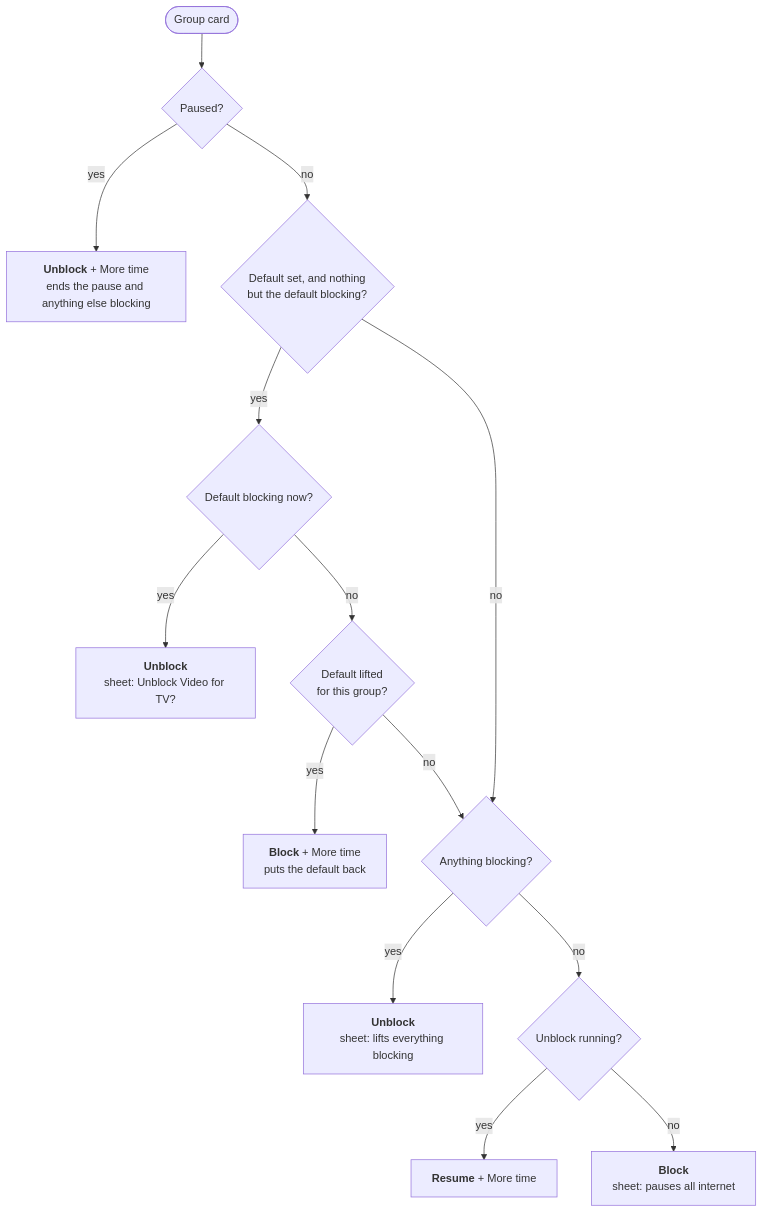
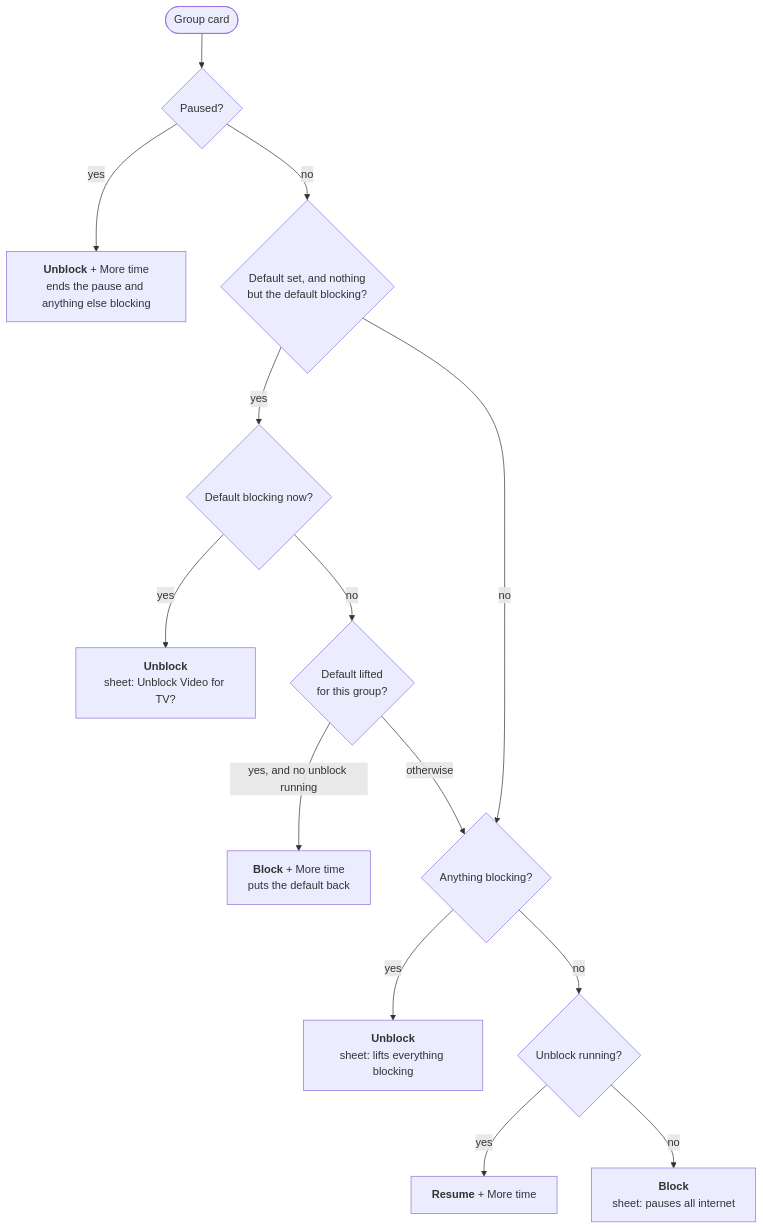
The diagram in docs/group-states.md (nickberardi/familyfi), drawn with Mermaid before and after one commit. The commit also changed other lines of this file and 10 other files, not shown here.

First line of the commit message:
Address code review of the Block button default

````diff
--- a/docs/group-states.md
+++ b/docs/group-states.md
@@ -67,16 +67,16 @@
 ```mermaid
 flowchart TD
   start([Group card]) --> paused{Paused?}
   paused -- yes --> A["<b>Unblock</b> + More time<br/>ends the pause and anything else blocking"]
   paused -- no --> hasD{Default set, and nothing<br/>but the default blocking?}
   hasD -- yes --> dBlocks{Default blocking now?}
   dBlocks -- yes --> B1["<b>Unblock</b><br/>sheet: Unblock Video for TV?"]
   dBlocks -- no --> dLifted{Default lifted<br/>for this group?}
-  dLifted -- yes --> B2["<b>Block</b> + More time<br/>puts the default back"]
-  dLifted -- no --> any
+  dLifted -- "yes, and no unblock running" --> B2["<b>Block</b> + More time<br/>puts the default back"]
+  dLifted -- otherwise --> any
   hasD -- no --> any{Anything blocking?}
   any -- yes --> C["<b>Unblock</b><br/>sheet: lifts everything blocking"]
   any -- no --> unb{Unblock running?}
   unb -- yes --> D["<b>Resume</b> + More time"]
   unb -- no --> E["<b>Block</b><br/>sheet: pauses all internet"]
 ```
````
